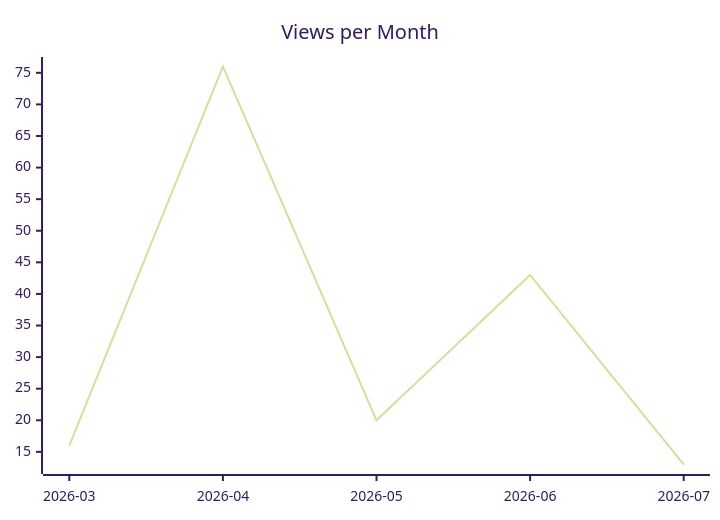
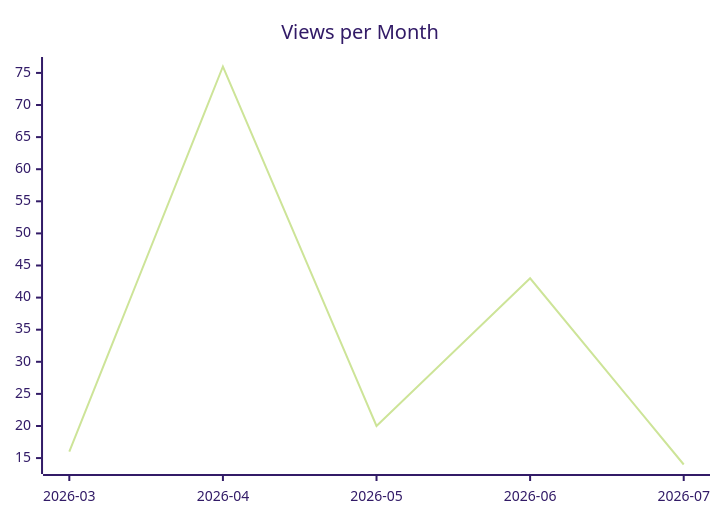
One commit to justdavis-family/github-analytics-data changed the second of 3 diagrams in karlmdavis/ksoap2-android/README.md. Above: the diagram before and after it, drawn with Mermaid (forest theme). The commit also changed other lines of this file and 169 other files, not shown here.

````diff
--- a/karlmdavis/ksoap2-android/README.md
+++ b/karlmdavis/ksoap2-android/README.md
@@ -12,6 +12,6 @@
 ```mermaid
 xychart-beta
   title "Views per Month"
   x-axis ["2026-03", "2026-04", "2026-05", "2026-06", "2026-07"]
-  line [16, 76, 20, 43, 13]
+  line [16, 76, 20, 43, 14]
 ```
````
